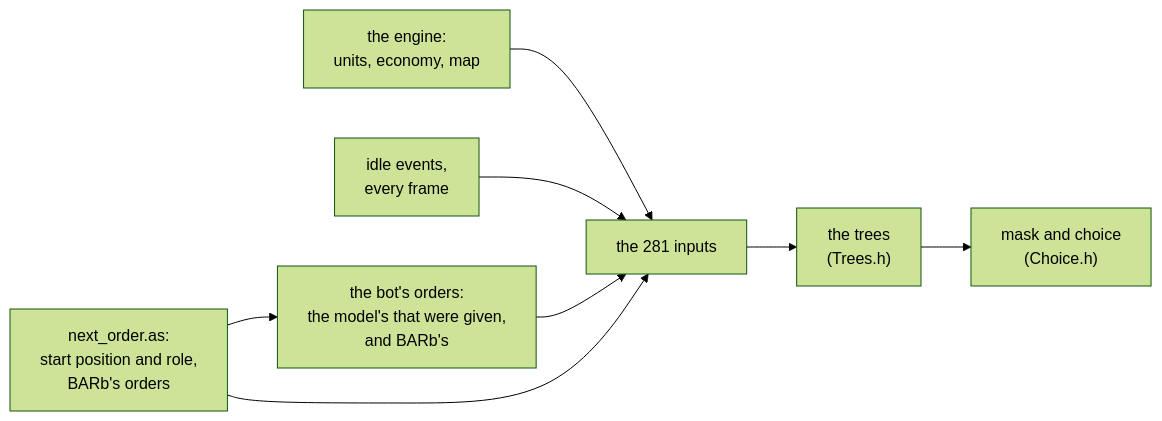
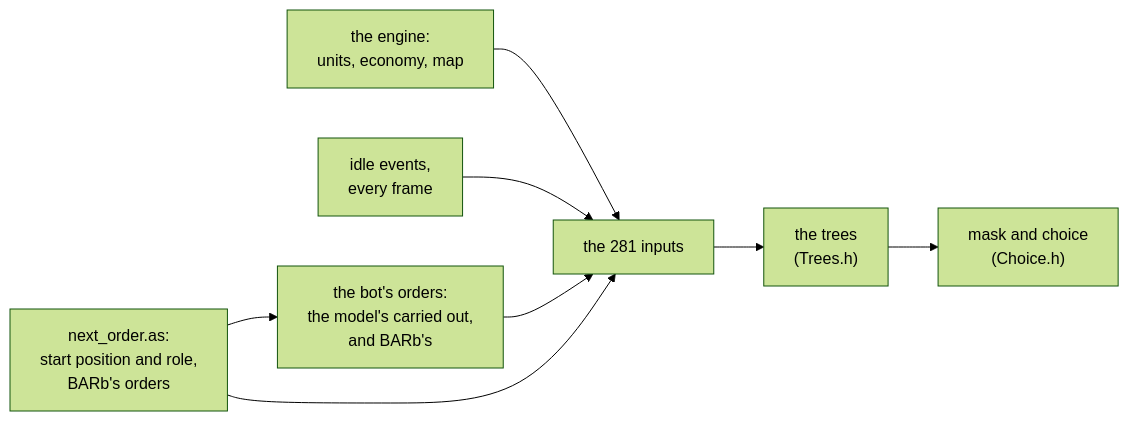
Before and after one commit to nineinchnick/reason8: the third of 3 diagrams in docs/reference/in-game.md, drawn with Mermaid (forest theme). The commit also changed other lines of this file and 12 other files, not shown here.

````diff
--- a/docs/reference/in-game.md
+++ b/docs/reference/in-game.md
@@ -726,15 +785,15 @@
 ```mermaid
 flowchart LR
     engine["the engine:<br/>units, economy, map"]
     events["idle events,<br/>every frame"]
     script["next_order.as:<br/>start position and role,<br/>BARb's orders"]
-    history["the bot's orders:<br/>the model's that were given,<br/>and BARb's"]
+    history["the bot's orders:<br/>the model's carried out,<br/>and BARb's"]
     inputs["the 281 inputs"]
     trees["the trees<br/>(Trees.h)"]
     choice["mask and choice<br/>(Choice.h)"]
     engine --> inputs
     events --> inputs
     script --> history --> inputs
     script --> inputs
     inputs --> trees --> choice
 ```
````
